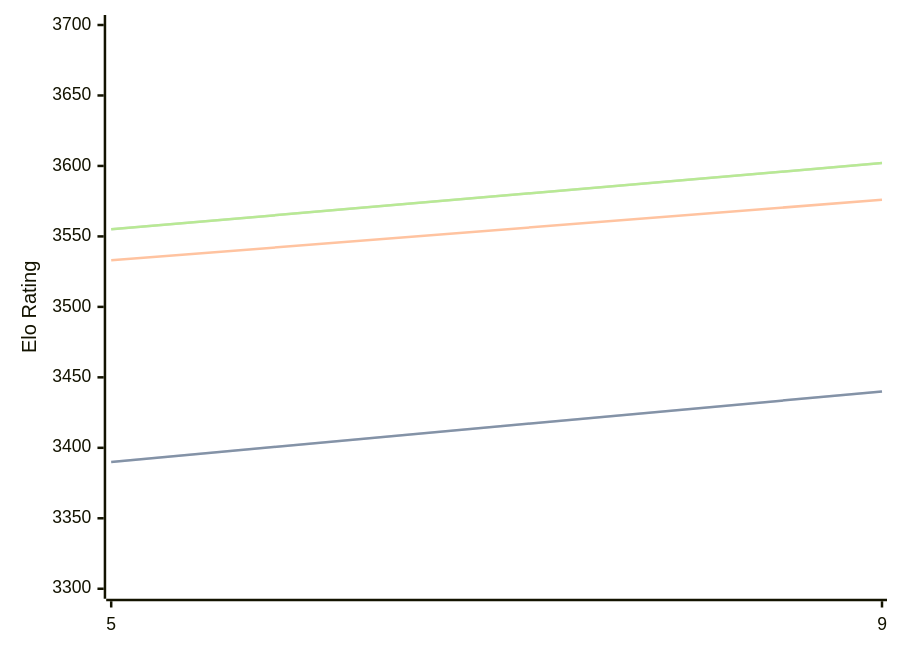
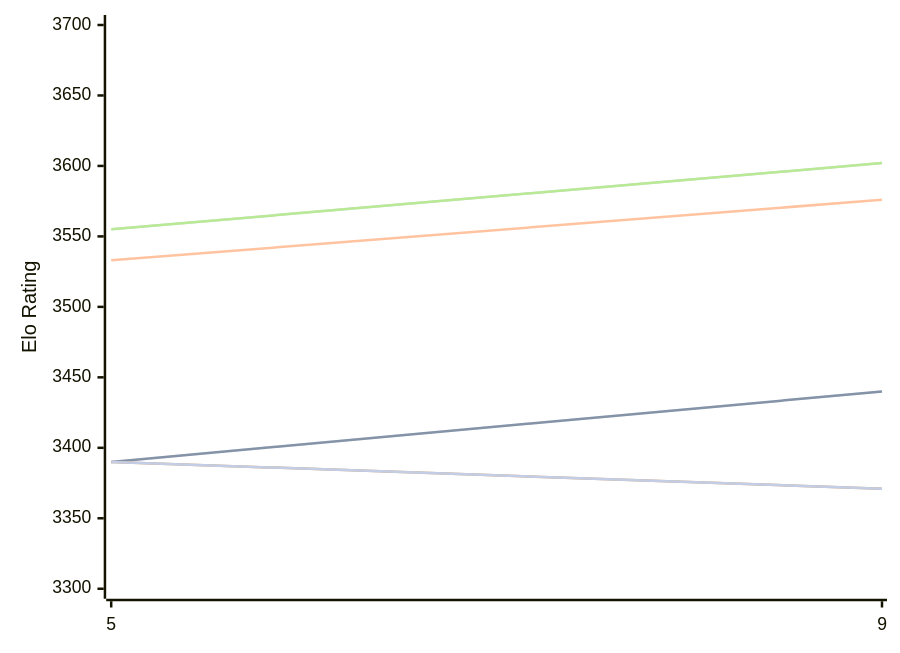
One commit to computer-chess-index/cci changed the diagram in engines/Crystal.md. Above: the diagram before and after it, drawn with Mermaid. The commit also changed other lines of this file, not shown here.

Commit message:
Update CCI Ratings (ELO VLTC) - 2026-10-11

````diff
--- a/engines/Crystal.md
+++ b/engines/Crystal.md
@@ -48,16 +48,13 @@
 ```mermaid
 %%{init: {"theme":"base","themeVariables":{"seriesColors:['#a3a3a3','#222221','#faa371']}}}%%
 xychart-beta
   x-axis ["5", "9"]
   y-axis "Elo Rating" 3300 --> 3700
   line "" [3390, 3440]
   line "T1: STC (8.0+0.08s)" [3390, 3440]
   line "T1: LTC (60.0+0.60s)" [3533, 3576]
   line "" [3555, 3602]
   line "T1: VLTC (2m24s+1.12s)" [3555, 3602]
-  line "" [3357]
-  line "E1: STC (8.0+0.08s)" [3357]
-  line "E1: LTC (60.0+0.60s)" [3553]
-  line "" [3607]
-  line "E1: VLTC (2m24s+1.12s)" [3607]
+  line "" [3390,3371]
+  line "E1: STC (8.0+0.08s)" [3390,3371]
 ```
````
